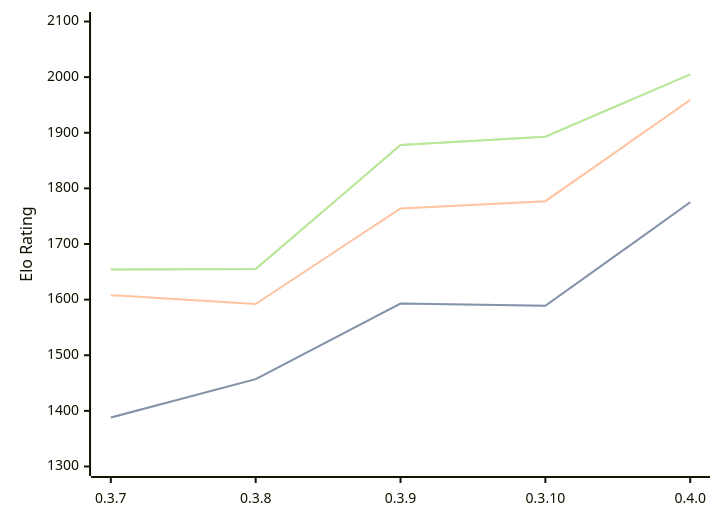
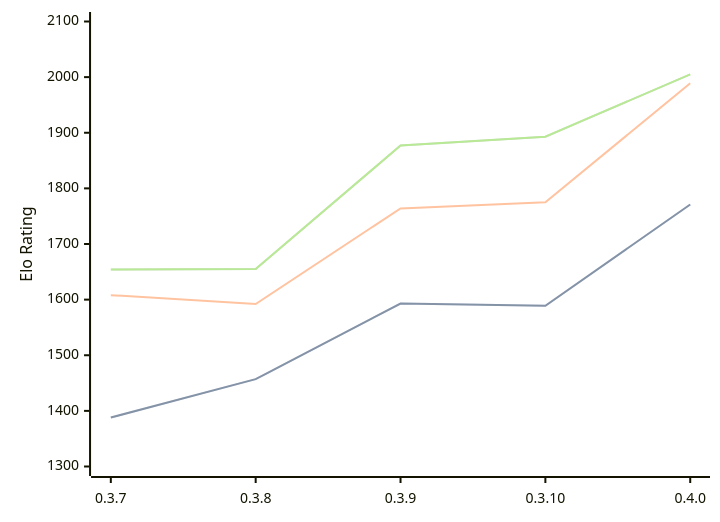
One commit to computer-chess-index/cci changed the diagram in engines/Arche.md. Above: the diagram before and after it, drawn with Mermaid. The commit also changed other lines of this file, not shown here.

Commit message:
Update CCI Ratings (ELO VLTC) - 2026-08-30

````diff
--- a/engines/Arche.md
+++ b/engines/Arche.md
@@ -35,11 +35,11 @@
 ```mermaid
 %%{init: {"theme":"base","themeVariables":{"seriesColors:['#a3a3a3','#222221','#faa371']}}}%%
 xychart-beta
   x-axis ["0.3.7", "0.3.8", "0.3.9", "0.3.10", "0.4.0"]
   y-axis "Elo Rating" 1300 --> 2100
-  line "" [1388, 1457, 1593, 1589, 1775]
-  line "STC (8.0+0.08s)" [1388, 1457, 1593, 1589, 1775]
-  line "LTC (60.0+0.60s)" [1608, 1592, 1764, 1777, 1959]
-  line "" [1654, 1655, 1878, 1893, 2005]
-  line "VLTC (2m24s+1.12s)" [1654, 1655, 1878, 1893, 2005]
+  line "" [1388, 1457, 1593, 1589, 1771]
+  line "STC (8.0+0.08s)" [1388, 1457, 1593, 1589, 1771]
+  line "LTC (60.0+0.60s)" [1608, 1592, 1764, 1775, 1989]
+  line "" [1654, 1655, 1877, 1893, 2005]
+  line "VLTC (2m24s+1.12s)" [1654, 1655, 1877, 1893, 2005]
 ```
````
